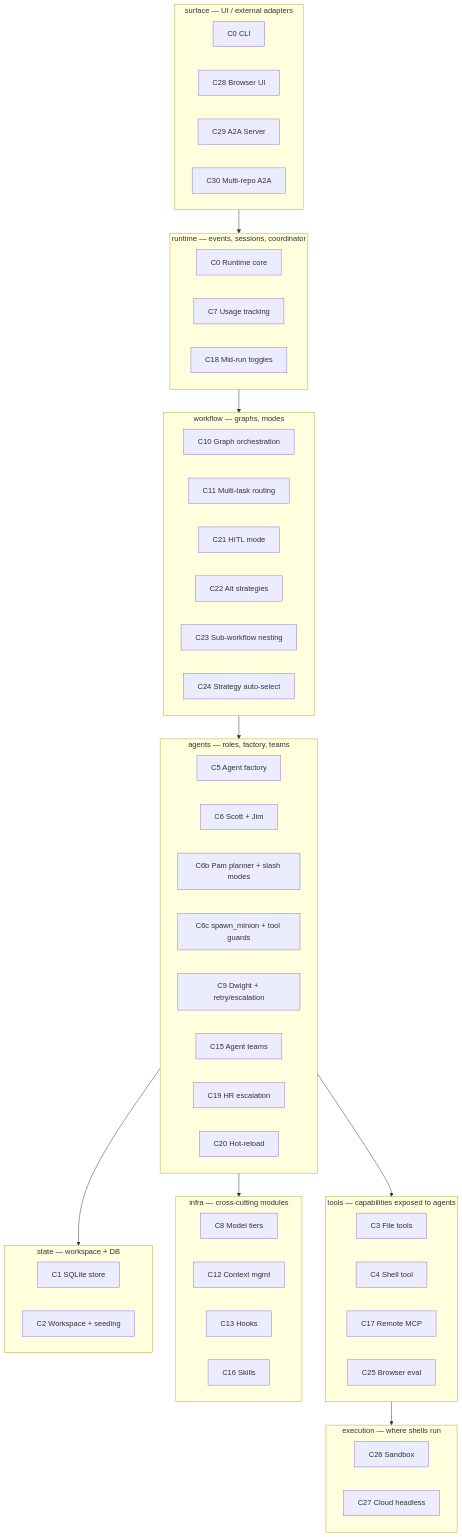
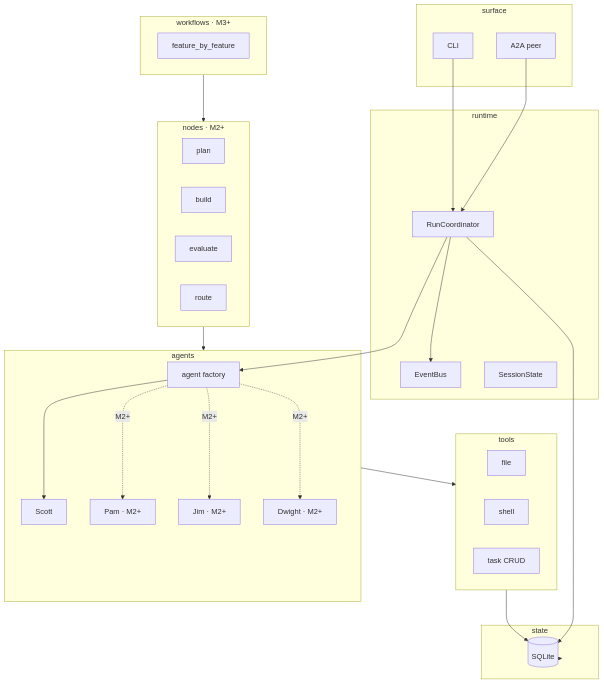
Before and after one commit to VENKATESHWARAN-R/dunder-mifflin-harness: the diagram in docs/ROADMAP.md, drawn with Mermaid. The commit also changed other lines of this file and 67 other files, not shown here.

````diff
--- a/docs/ROADMAP.md
+++ b/docs/ROADMAP.md
@@ -26,60 +19,50 @@
 ```mermaid
 flowchart TB
-  subgraph surface[surface — UI / external adapters]
-    C0v[C0 CLI]
-    C28v[C28 Browser UI]
-    C29v[C29 A2A Server]
-    C30v[C30 Multi-repo A2A]
+  subgraph surface[surface]
+    cli[CLI]
+    a2a[A2A peer]
   end
-  subgraph runtime[runtime — events, sessions, coordinator]
-    C0r[C0 Runtime core]
-    C7v[C7 Usage tracking]
-    C18v[C18 Mid-run toggles]
+  subgraph runtime[runtime]
+    coord[RunCoordinator]
+    bus[EventBus]
+    sess[SessionState]
   end
-  subgraph workflow[workflow — graphs, modes]
-    C10v[C10 Graph orchestration]
-    C11v[C11 Multi-task routing]
-    C21v[C21 HITL mode]
-    C22v[C22 Alt strategies]
-    C23v[C23 Sub-workflow nesting]
-    C24v[C24 Strategy auto-select]
+  subgraph agents[agents]
+    fac[agent factory]
+    sc[Scott]
+    pm[Pam · M2+]
+    jm[Jim · M2+]
+    dw[Dwight · M2+]
   end
-  subgraph agents[agents — roles, factory, teams]
-    C5v[C5 Agent factory]
-    C6v[C6 Scott + Jim]
-    C6bv[C6b Pam planner + slash modes]
-    C6cv[C6c spawn_minion + tool guards]
-    C9v[C9 Dwight + retry/escalation]
-    C15v[C15 Agent teams]
-    C19v[C19 HR escalation]
-    C20v[C20 Hot-reload]
+  subgraph nodes[nodes · M2+]
+    plan[plan]
+    build[build]
+    eval[evaluate]
+    route[route]
   end
-  subgraph tools[tools — capabilities exposed to agents]
-    C3v[C3 File tools]
-    C4v[C4 Shell tool]
-    C17v[C17 Remote MCP]
-    C25v[C25 Browser eval]
+  subgraph workflows[workflows · M3+]
+    fbf[feature_by_feature]
   end
-  subgraph infra[infra — cross-cutting modules]
-    C8v[C8 Model tiers]
-    C12v[C12 Context mgmt]
-    C13v[C13 Hooks]
-    C16v[C16 Skills]
+  subgraph tools[tools]
+    fs[file]
+    sh[shell]
+    tk[task CRUD]
   end
-  subgraph state[state — workspace + DB]
-    C1v[C1 SQLite store]
-    C2v[C2 Workspace + seeding]
+  subgraph state[state]
+    db[(SQLite)]
   end
-  subgraph execution[execution — where shells run]
-    C26v[C26 Sandbox]
-    C27v[C27 Cloud headless]
-  end
-
-  surface --> runtime
-  runtime --> workflow
-  workflow --> agents
+  cli --> coord
+  a2a --> coord
+  coord --> fac
+  fac --> sc
+  fac -.M2+.-> pm
+  fac -.M2+.-> jm
+  fac -.M2+.-> dw
+  coord --> bus
+  coord --> db
+  workflows --> nodes
+  nodes --> agents
   agents --> tools
-  agents --> infra
-  agents --> state
-  tools --> execution
+  tools --> db
+  state --> db
 ```
````
